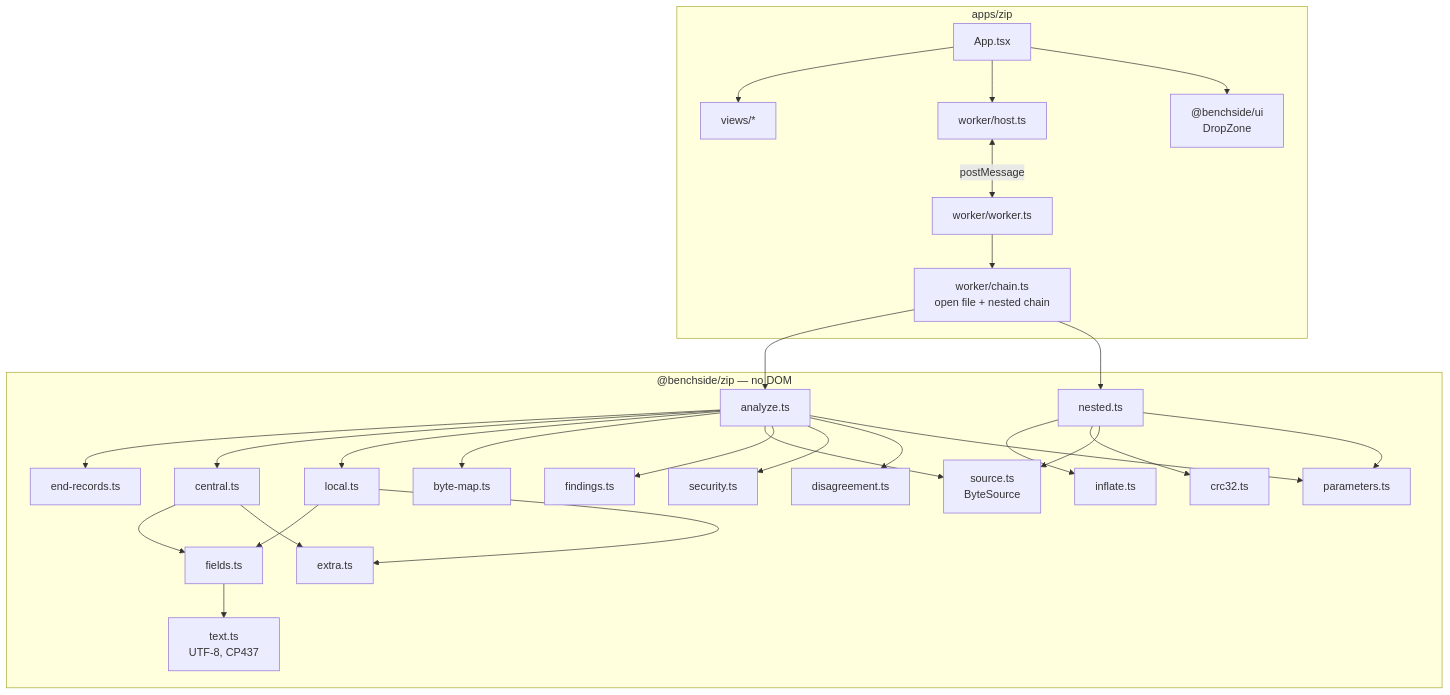
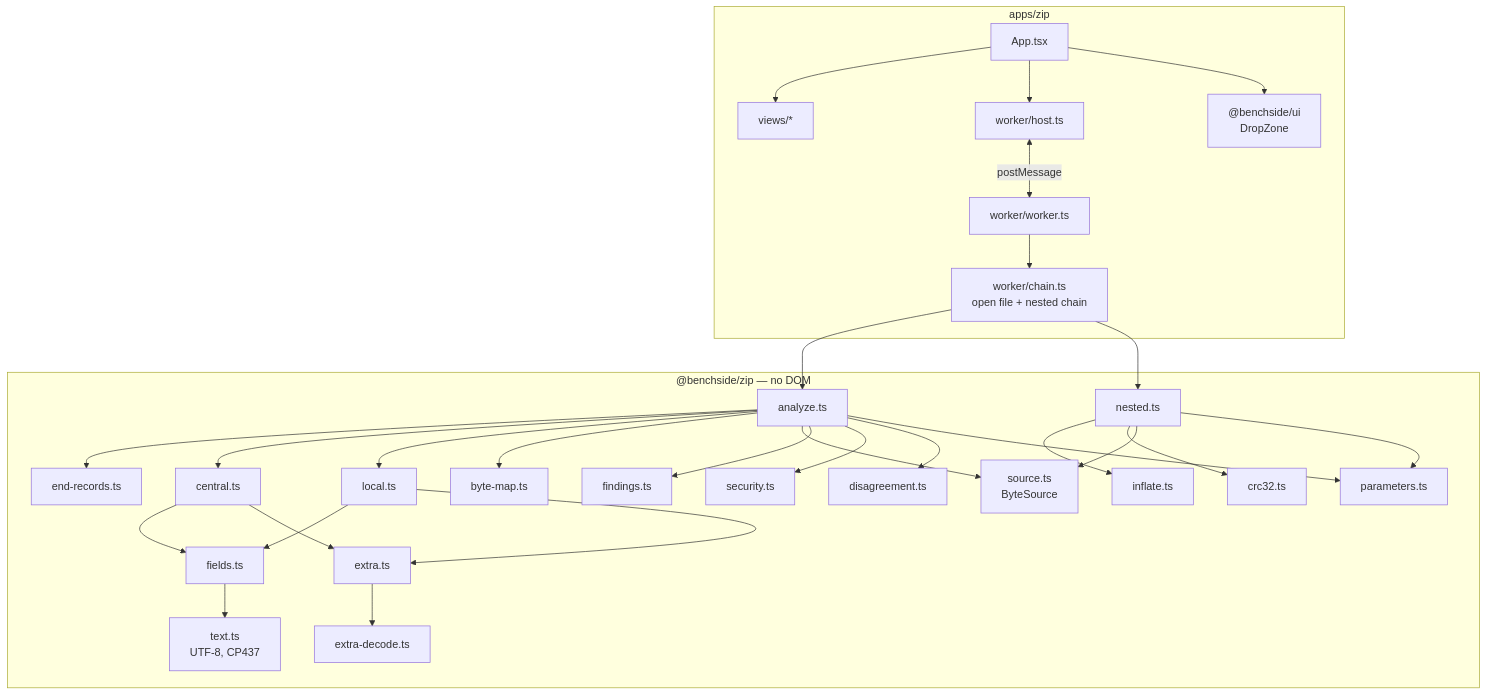
Before and after one commit to photom/benchside: the first of 4 diagrams in docs/explanation/zip-architecture.md, drawn with Mermaid. The commit also changed other lines of this file and 12 other files, not shown here.

Commit message:
Decode more ZIP extra fields (#6)

````diff
--- a/docs/explanation/zip-architecture.md
+++ b/docs/explanation/zip-architecture.md
@@ -7,28 +7,29 @@
 ```mermaid
 flowchart TD
   subgraph app ["apps/zip"]
     App[App.tsx] --> views[views/*]
     App --> host[worker/host.ts]
     host <-- postMessage --> worker[worker/worker.ts]
     worker --> chain["worker/chain.ts<br/>open file + nested chain"]
     App --> ui["@benchside/ui<br/>DropZone"]
   end
   subgraph pkg ["@benchside/zip — no DOM"]
     analyze[analyze.ts] --> endr[end-records.ts]
     analyze --> central[central.ts]
     analyze --> local[local.ts]
     analyze --> map[byte-map.ts]
     central & local --> fields[fields.ts]
     central & local --> extra[extra.ts]
+    extra --> decode[extra-decode.ts]
     fields --> text[text.ts<br/>UTF-8, CP437]
     open[nested.ts] --> inflate[inflate.ts]
     open --> crc[crc32.ts]
     analyze & open --> source[source.ts<br/>ByteSource]
     analyze --> findings[findings.ts]
     analyze --> sec[security.ts]
     analyze --> rd[disagreement.ts]
     analyze & open --> params[parameters.ts]
   end
   chain --> analyze
   chain --> open
 ```
````
